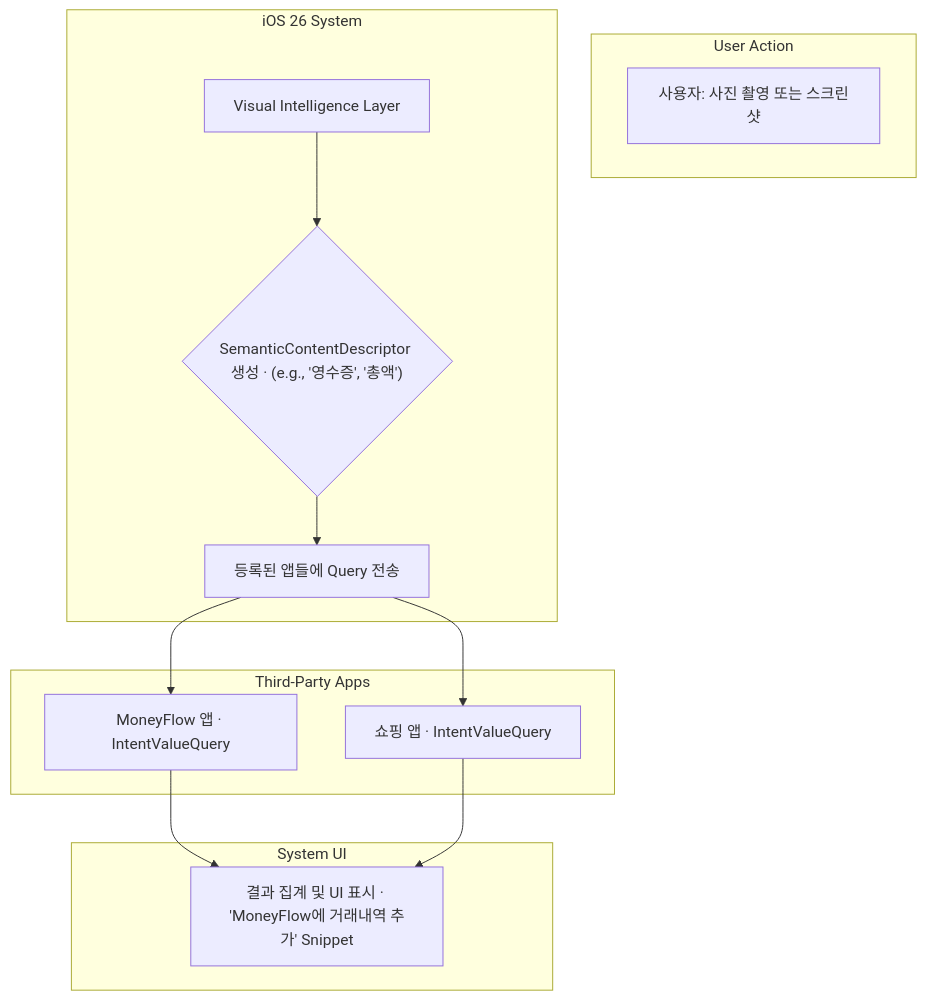
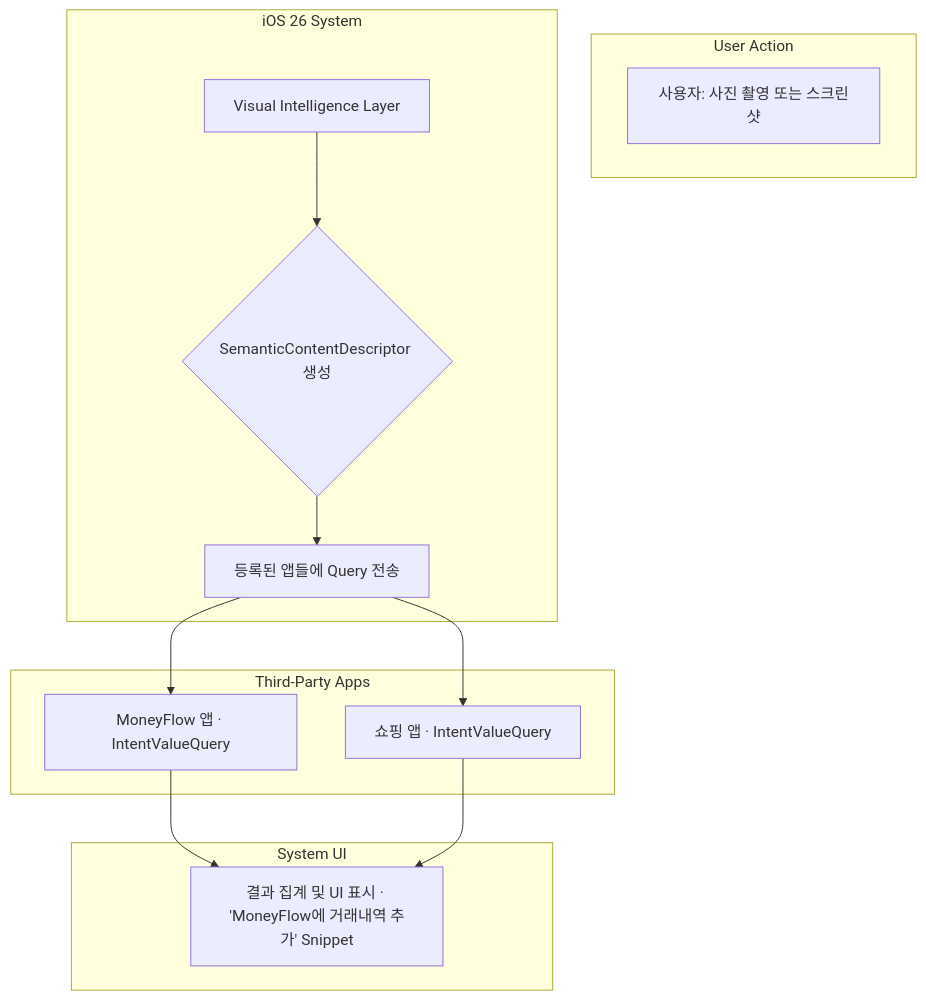
One commit to Mino777/ai-study changed the diagram in content/ios-ai/app-intents-2-visual-intelligence-ios.mdx. Above: the diagram before and after it, drawn with Mermaid. The commit also changed other lines of this file and 18 other files, not shown here.

First line of the commit message:
fix: Blake 스카우트 엔트리 정리 — 중복 7개 제거 + Mermaid 수정 + connections 추가

````diff
--- a/content/ios-ai/app-intents-2-visual-intelligence-ios.mdx
+++ b/content/ios-ai/app-intents-2-visual-intelligence-ios.mdx
@@ -66,21 +66,21 @@
 ```mermaid
 graph TD
     subgraph "User Action"
         A["사용자: 사진 촬영 또는 스크린샷"]
     end
 
     subgraph "iOS 26 System"
-        B["Visual Intelligence Layer"] --> C{"SemanticContentDescriptor 생성 · (e.g., '영수증', '총액')"}
+        B["Visual Intelligence Layer"] --> C{"SemanticContentDescriptor 생성"}
         C --> D["등록된 앱들에 Query 전송"]
     end
 
     subgraph "Third-Party Apps"
         D --> E1["MoneyFlow 앱 · IntentValueQuery"]
         D --> E2["쇼핑 앱 · IntentValueQuery"]
     end
 
     subgraph "System UI"
         E1 --> F["결과 집계 및 UI 표시 · 'MoneyFlow에 거래내역 추가' Snippet"]
         E2 --> F
     end
 ```
````
